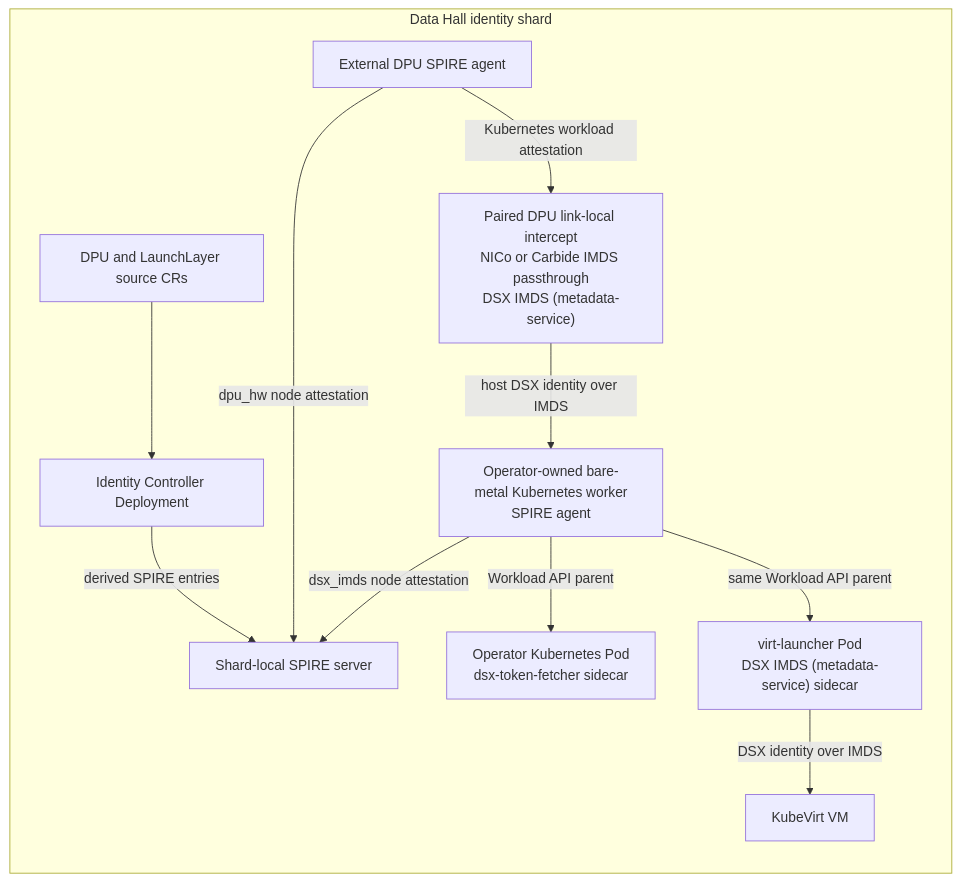
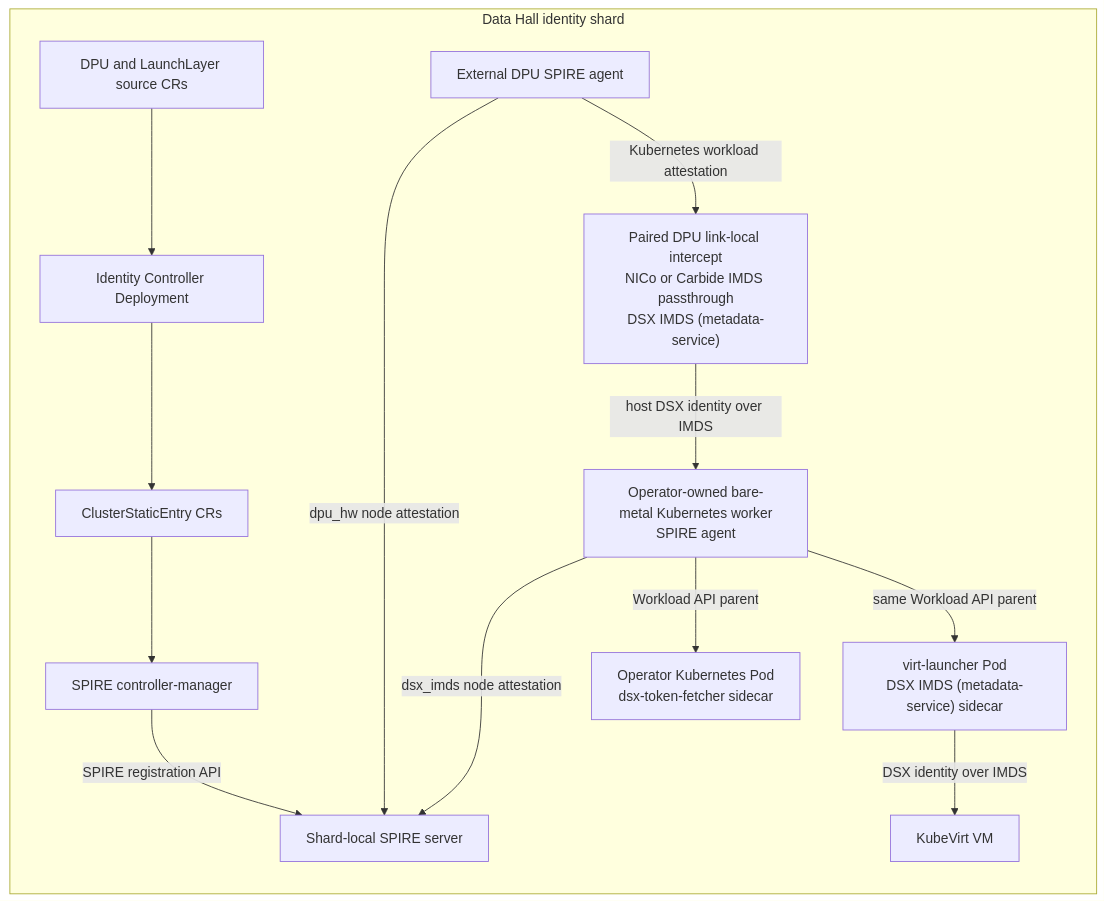
The first of 5 diagrams in README.md (dsx-ai-factory/nvidia-workload-identity), drawn with Mermaid before and after one commit. The commit also changed other lines of this file and 1 other file, not shown here.

Commit message:
fix(NO-REF): correct README identity diagrams

````diff
--- a/README.md
+++ b/README.md
@@ -84,25 +87,29 @@
 ```mermaid
 flowchart TB
   subgraph Shard["Data Hall identity shard"]
     direction TB
     Sources["DPU and LaunchLayer source CRs"]
     Controller["Identity Controller Deployment"]
+    Entries["ClusterStaticEntry CRs"]
+    Manager["SPIRE controller-manager"]
     SPIRE["Shard-local SPIRE server"]
     DPU["External DPU SPIRE agent"]
     MDS["Paired DPU link-local intercept<br/>NICo or Carbide IMDS passthrough<br/>DSX IMDS (metadata-service)"]
     Host["Operator-owned bare-metal Kubernetes worker<br/>SPIRE agent"]
     Pod["Operator Kubernetes Pod<br/>dsx-token-fetcher sidecar"]
     VMHost["virt-launcher Pod<br/>DSX IMDS (metadata-service) sidecar"]
     VM["KubeVirt VM"]
 
     Sources --> Controller
-    Controller -->|"derived SPIRE entries"| SPIRE
+    Controller --> Entries
+    Entries --> Manager
+    Manager -->|"SPIRE registration API"| SPIRE
     DPU -->|"dpu_hw node attestation"| SPIRE
     DPU -->|"Kubernetes workload attestation"| MDS
     MDS -->|"host DSX identity over IMDS"| Host
     Host -->|"dsx_imds node attestation"| SPIRE
     Host -->|"Workload API parent"| Pod
     Host -->|"same Workload API parent"| VMHost
     VMHost -->|"DSX identity over IMDS"| VM
   end
 ```
````
